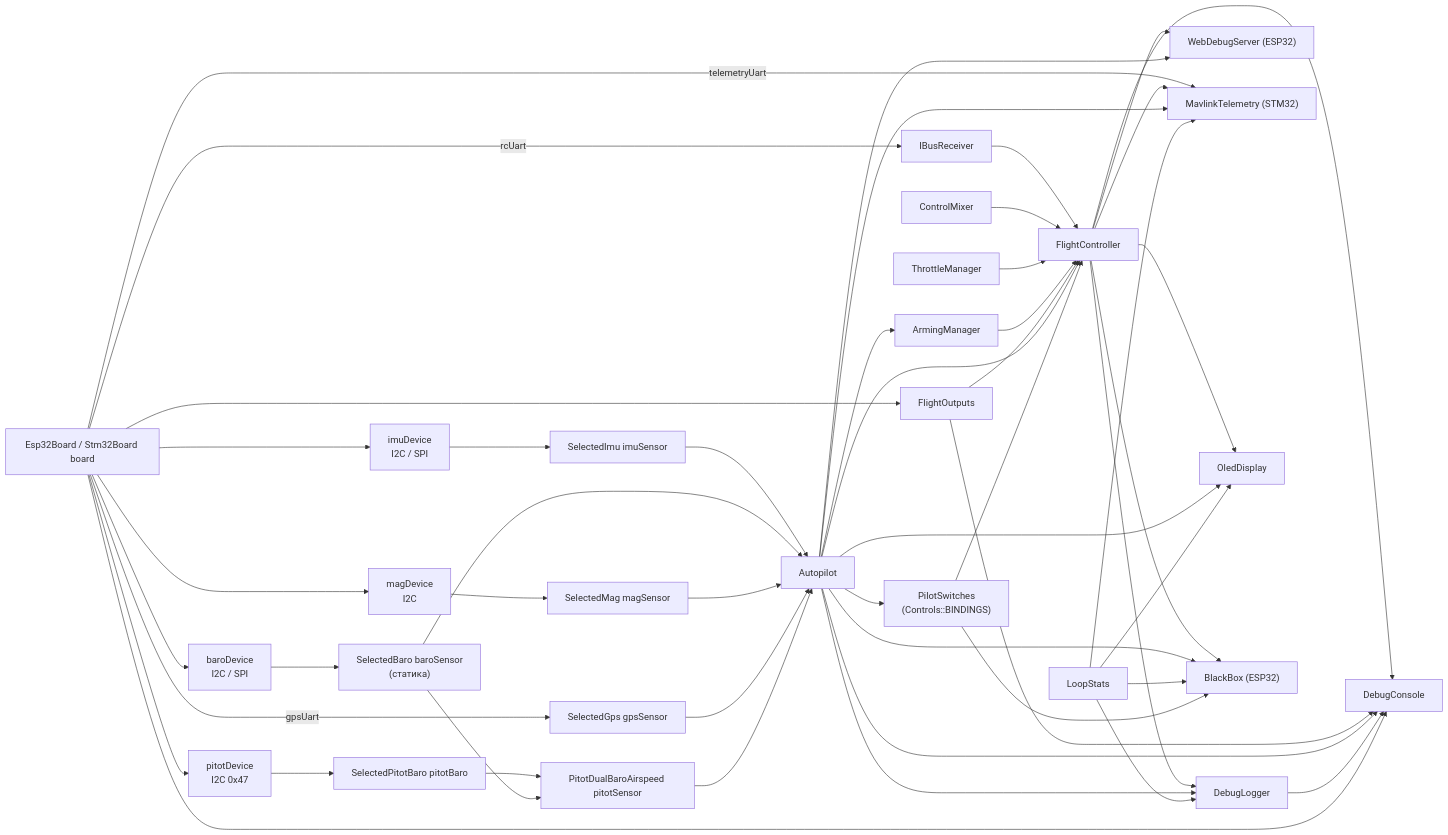
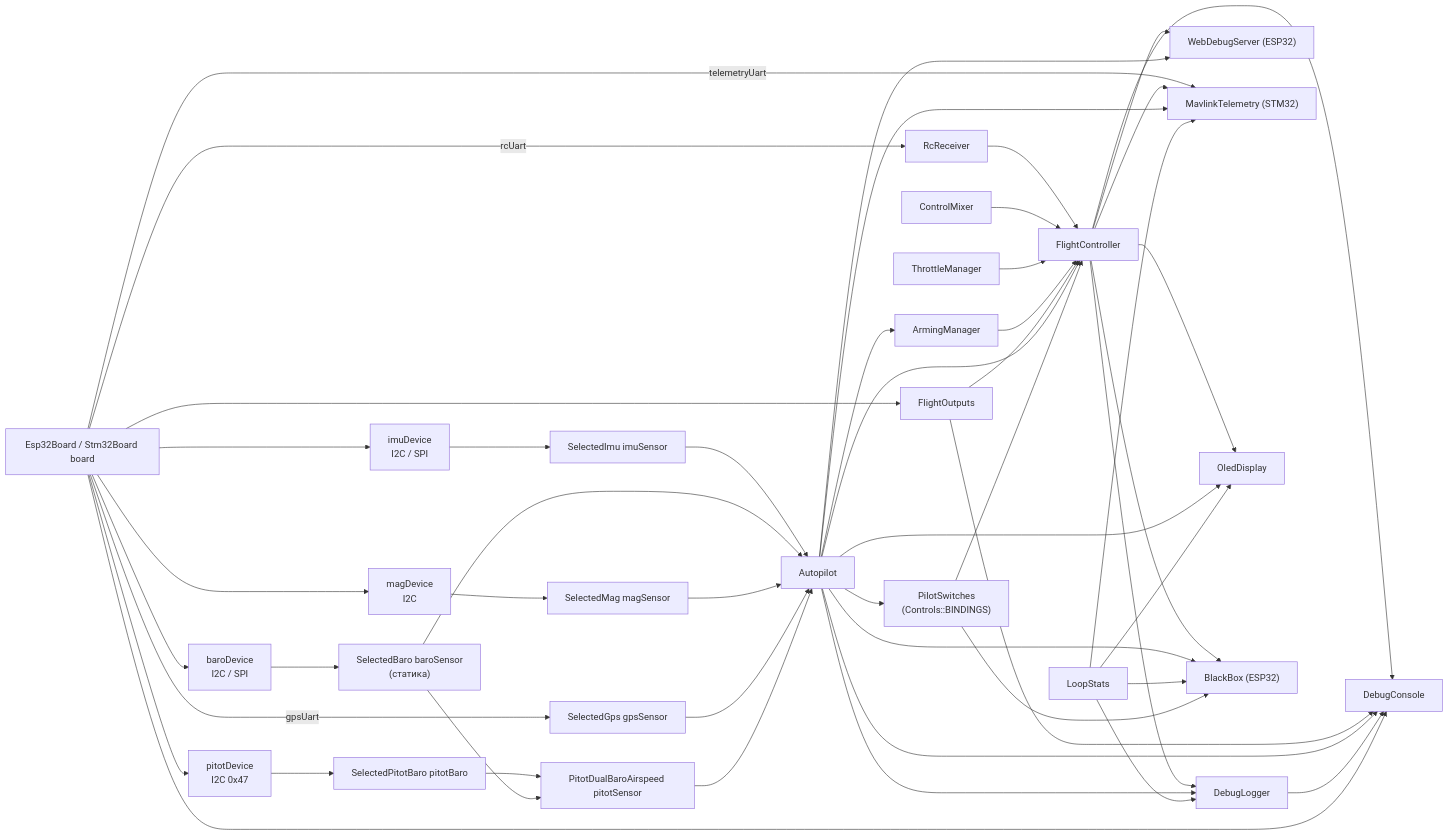
Before and after one commit to damir-lebedev/OpenPlaneProject: the second of 12 diagrams in docs/ARCHITECTURE.md, drawn with Mermaid. The commit also changed other lines of this file and 219 other files, not shown here.

````diff
--- a/docs/ARCHITECTURE.md
+++ b/docs/ARCHITECTURE.md
@@ -139,50 +139,50 @@
 ```mermaid
 flowchart LR
     board["Esp32Board / Stm32Board board"]
     imuDev["imuDevice<br/>I2C / SPI"]
     baroDev["baroDevice<br/>I2C / SPI"]
     magDev["magDevice<br/>I2C"]
     pitotDev["pitotDevice<br/>I2C 0x47"]
     imu["SelectedImu imuSensor"]
     baro["SelectedBaro baroSensor<br/>(статика)"]
     mag["SelectedMag magSensor"]
     gps["SelectedGps gpsSensor"]
     pitotBaro["SelectedPitotBaro pitotBaro"]
     pitot["PitotDualBaroAirspeed pitotSensor"]
-    rx["IBusReceiver"]
+    rx["RcReceiver"]
     mixer["ControlMixer"]
     thr["ThrottleManager"]
     outs["FlightOutputs"]
     ap["Autopilot"]
     sw["PilotSwitches<br/>(Controls::BINDINGS)"]
     arm["ArmingManager"]
     fc["FlightController"]
     stats["LoopStats"]
     log["DebugLogger"]
     con["DebugConsole"]
     web["WebDebugServer (ESP32)"]
     mav["MavlinkTelemetry (STM32)"]
     oled["OledDisplay"]
     bb["BlackBox (ESP32)"]
 
     board --> imuDev & baroDev & magDev & pitotDev
     imuDev --> imu
     baroDev --> baro
     magDev --> mag
     pitotDev --> pitotBaro
     pitotBaro & baro --> pitot
     board -- gpsUart --> gps
     board -- rcUart --> rx
     board -- telemetryUart --> mav
     board --> outs
     imu & baro & mag & gps & pitot --> ap
     ap --> sw
     ap --> arm
     rx & mixer & thr & arm & outs & ap & sw --> fc
     fc & ap & stats --> log
     fc & outs & ap & log & board --> con
     fc & ap --> web
     fc & ap & stats --> mav
     fc & ap & stats --> oled
     fc & ap & stats & sw --> bb
 ```
````
